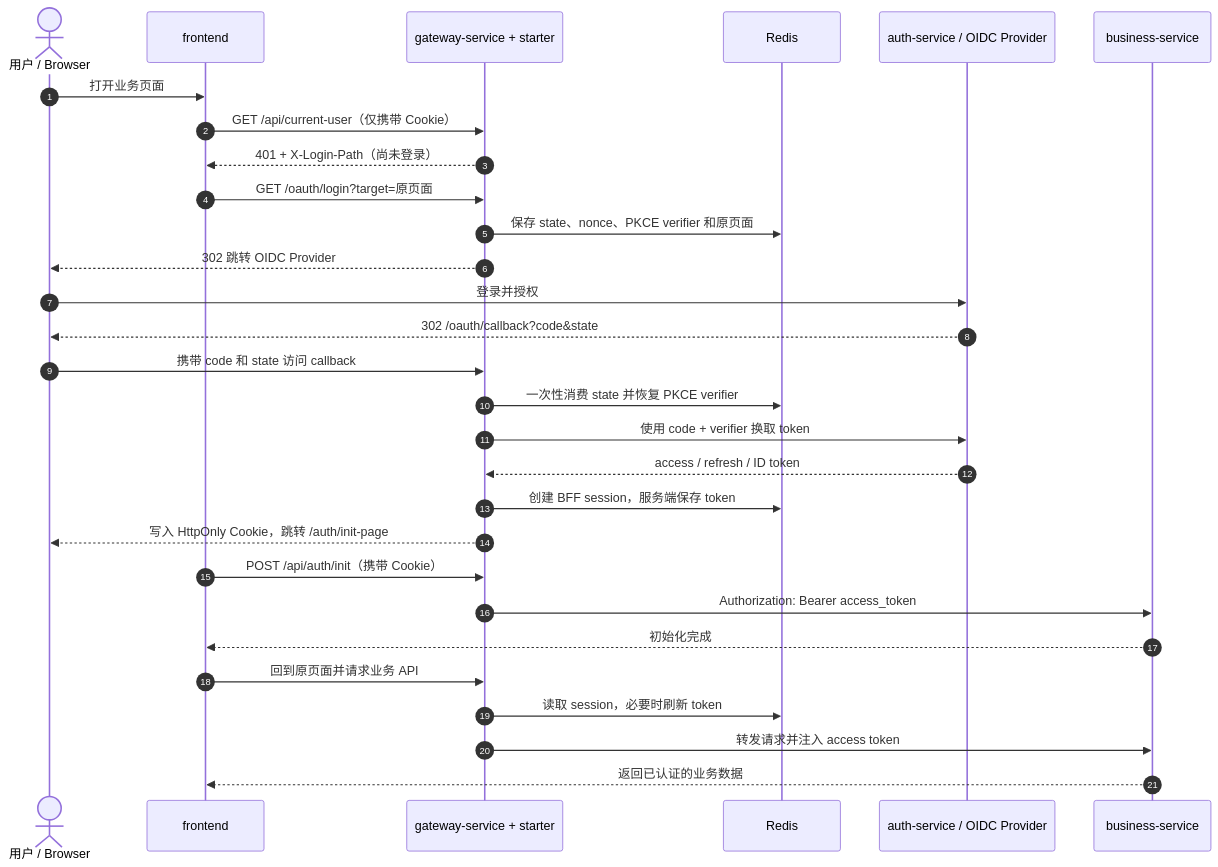
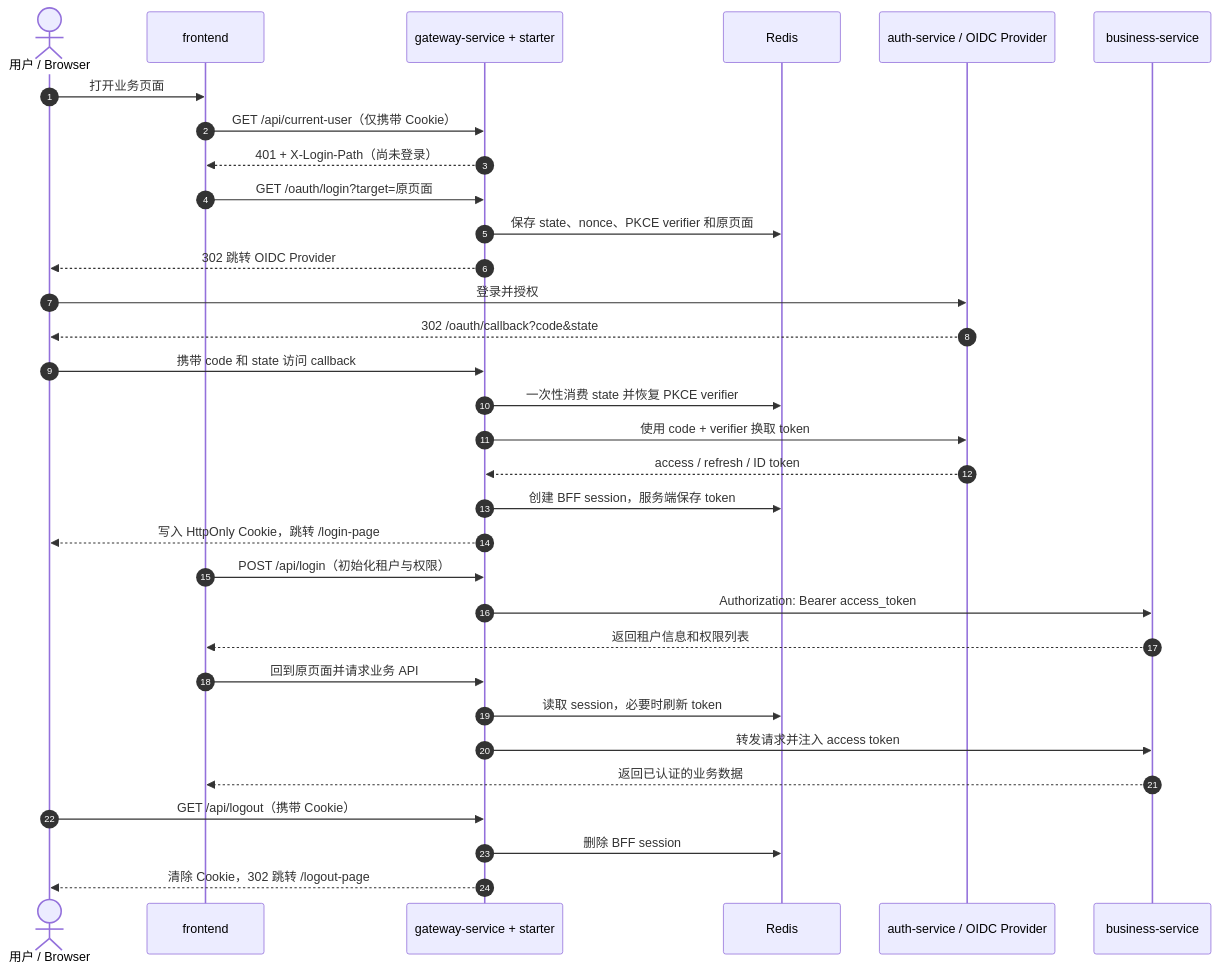
The diagram in README.zh-CN.md (iamxiaozhuang/oauth-oidc-client-starter), drawn with Mermaid before and after one commit. The commit also changed other lines of this file and 17 other files, not shown here.

Commit message:
Complete-login-initialization-and-logout-flow

````diff
--- a/README.zh-CN.md
+++ b/README.zh-CN.md
@@ -9,32 +9,35 @@
 ```mermaid
 sequenceDiagram
     autonumber
     actor U as 用户 / Browser
     participant F as frontend
     participant G as gateway-service + starter
     participant R as Redis
     participant A as auth-service / OIDC Provider
     participant B as business-service
 
     U->>F: 打开业务页面
     F->>G: GET /api/current-user（仅携带 Cookie）
     G-->>F: 401 + X-Login-Path（尚未登录）
     F->>G: GET /oauth/login?target=原页面
     G->>R: 保存 state、nonce、PKCE verifier 和原页面
     G-->>U: 302 跳转 OIDC Provider
     U->>A: 登录并授权
     A-->>U: 302 /oauth/callback?code&state
     U->>G: 携带 code 和 state 访问 callback
     G->>R: 一次性消费 state 并恢复 PKCE verifier
     G->>A: 使用 code + verifier 换取 token
     A-->>G: access / refresh / ID token
     G->>R: 创建 BFF session，服务端保存 token
-    G-->>U: 写入 HttpOnly Cookie，跳转 /auth/init-page
-    F->>G: POST /api/auth/init（携带 Cookie）
+    G-->>U: 写入 HttpOnly Cookie，跳转 /login-page
+    F->>G: POST /api/login（初始化租户与权限）
     G->>B: Authorization: Bearer access_token
-    B-->>F: 初始化完成
+    B-->>F: 返回租户信息和权限列表
     F->>G: 回到原页面并请求业务 API
     G->>R: 读取 session，必要时刷新 token
     G->>B: 转发请求并注入 access token
     B-->>F: 返回已认证的业务数据
+    U->>G: GET /api/logout（携带 Cookie）
+    G->>R: 删除 BFF session
+    G-->>U: 清除 Cookie，302 跳转 /logout-page
 ```
````
